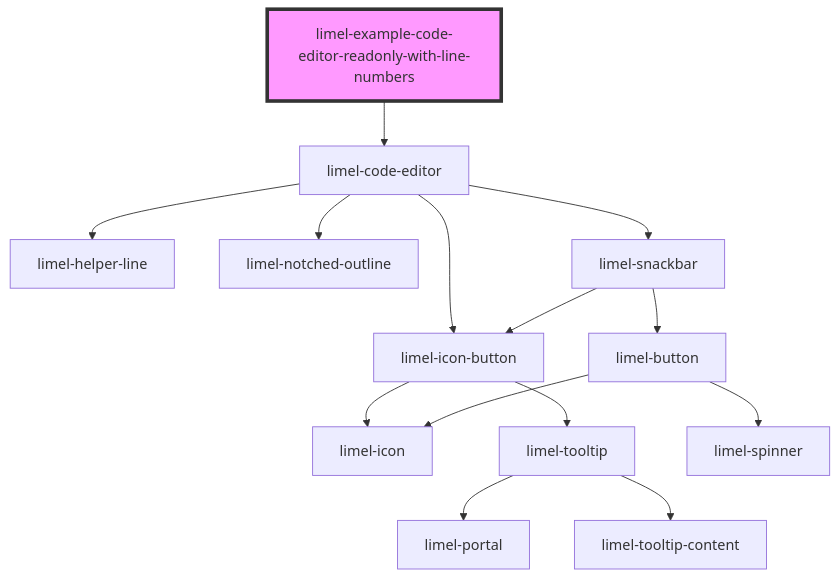
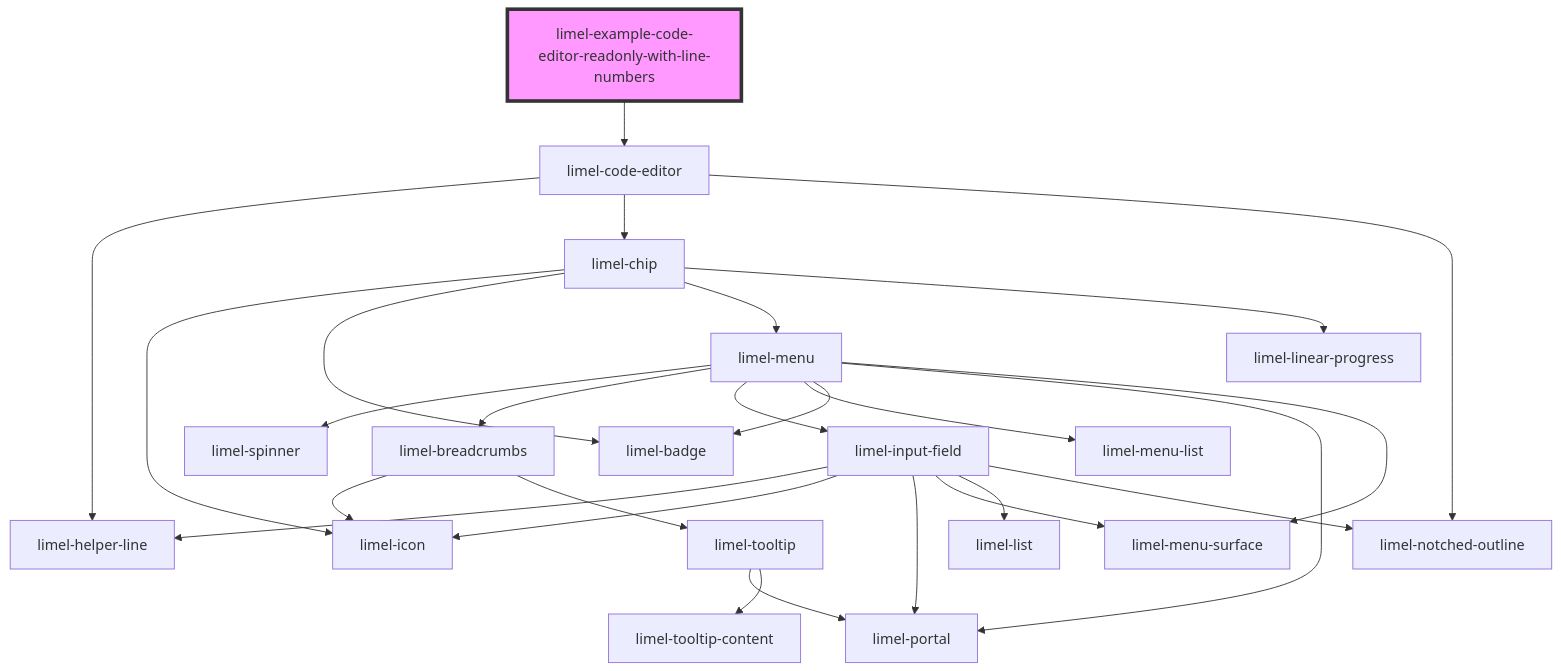
The diagram in versions/PR-3768/markdown-docs/components/code-editor/examples/readme.md (Lundalogik/lime-elements), drawn with Mermaid before and after one commit. The commit also changed 30 other files, not shown here.

````diff
--- a/versions/PR-3768/markdown-docs/components/code-editor/examples/readme.md
+++ b/versions/PR-3768/markdown-docs/components/code-editor/examples/readme.md
@@ -23,17 +23,29 @@
 ```mermaid
 graph TD;
   limel-example-code-editor-readonly-with-line-numbers --> limel-code-editor
   limel-code-editor --> limel-helper-line
-  limel-code-editor --> limel-icon-button
+  limel-code-editor --> limel-chip
   limel-code-editor --> limel-notched-outline
-  limel-code-editor --> limel-snackbar
-  limel-icon-button --> limel-icon
-  limel-icon-button --> limel-tooltip
+  limel-chip --> limel-icon
+  limel-chip --> limel-badge
+  limel-chip --> limel-menu
+  limel-chip --> limel-linear-progress
+  limel-menu --> limel-spinner
+  limel-menu --> limel-breadcrumbs
+  limel-menu --> limel-input-field
+  limel-menu --> limel-menu-list
+  limel-menu --> limel-badge
+  limel-menu --> limel-portal
+  limel-menu --> limel-menu-surface
+  limel-breadcrumbs --> limel-icon
+  limel-breadcrumbs --> limel-tooltip
   limel-tooltip --> limel-portal
   limel-tooltip --> limel-tooltip-content
-  limel-snackbar --> limel-button
-  limel-snackbar --> limel-icon-button
-  limel-button --> limel-icon
-  limel-button --> limel-spinner
+  limel-input-field --> limel-helper-line
+  limel-input-field --> limel-icon
+  limel-input-field --> limel-portal
+  limel-input-field --> limel-menu-surface
+  limel-input-field --> limel-list
+  limel-input-field --> limel-notched-outline
   style limel-example-code-editor-readonly-with-line-numbers fill:#f9f,stroke:#333,stroke-width:4px
 ```
````
